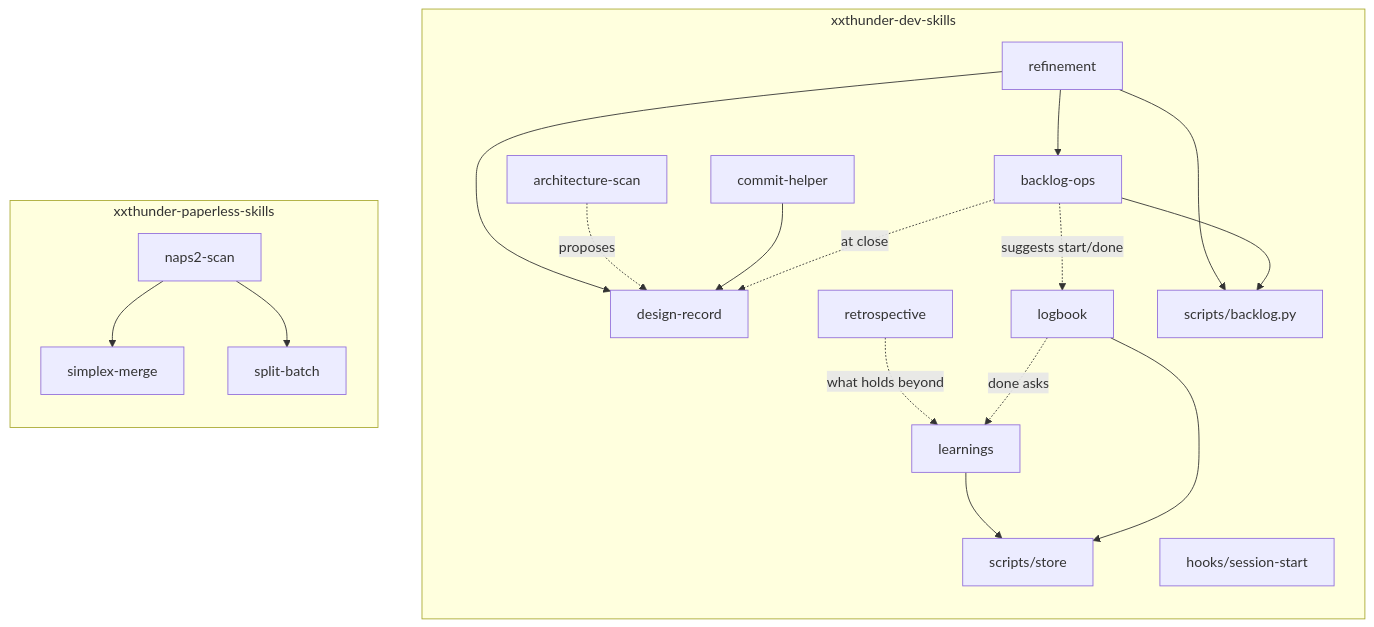
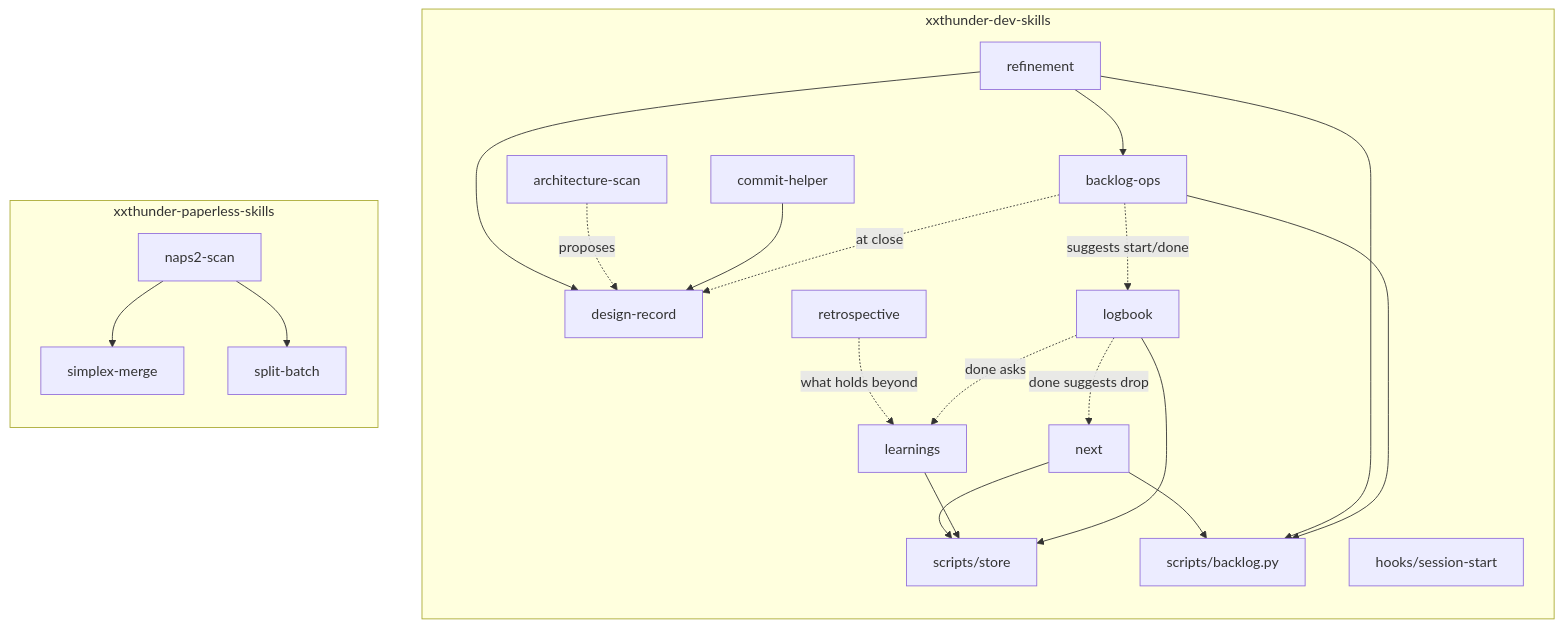
The third of 7 diagrams in docs/architecture.md (xxthunder/xxthunder-agentic-skills), drawn with Mermaid before and after one commit. The commit also changed other lines of this file and 9 other files, not shown here.

````diff
--- a/docs/architecture.md
+++ b/docs/architecture.md
@@ -63,25 +63,28 @@
 ```mermaid
 flowchart TB
     subgraph dev["xxthunder-dev-skills"]
         direction TB
         refinement --> backlog["backlog-ops"]
         refinement --> record["design-record"]
         scan["architecture-scan"] -.proposes.-> record
         commit["commit-helper"] --> record
         backlog -.at close.-> record
         retro["retrospective"]
         retro -.what holds beyond.-> learn["learnings"]
         backlog -.suggests start/done.-> logb["logbook"]
         logb -.done asks.-> learn
+        logb -.done suggests drop.-> nxt["next"]
+        nxt --> storesh
+        nxt --> backpy
         learn --> storesh["scripts/store"]
         logb --> storesh
         refinement --> backpy["scripts/backlog.py"]
         backlog --> backpy
         hook["hooks/session-start"]
     end
     subgraph paper["xxthunder-paperless-skills"]
         direction TB
         scanp["naps2-scan"] --> merge["simplex-merge"]
         scanp --> split["split-batch"]
     end
 ```
````
